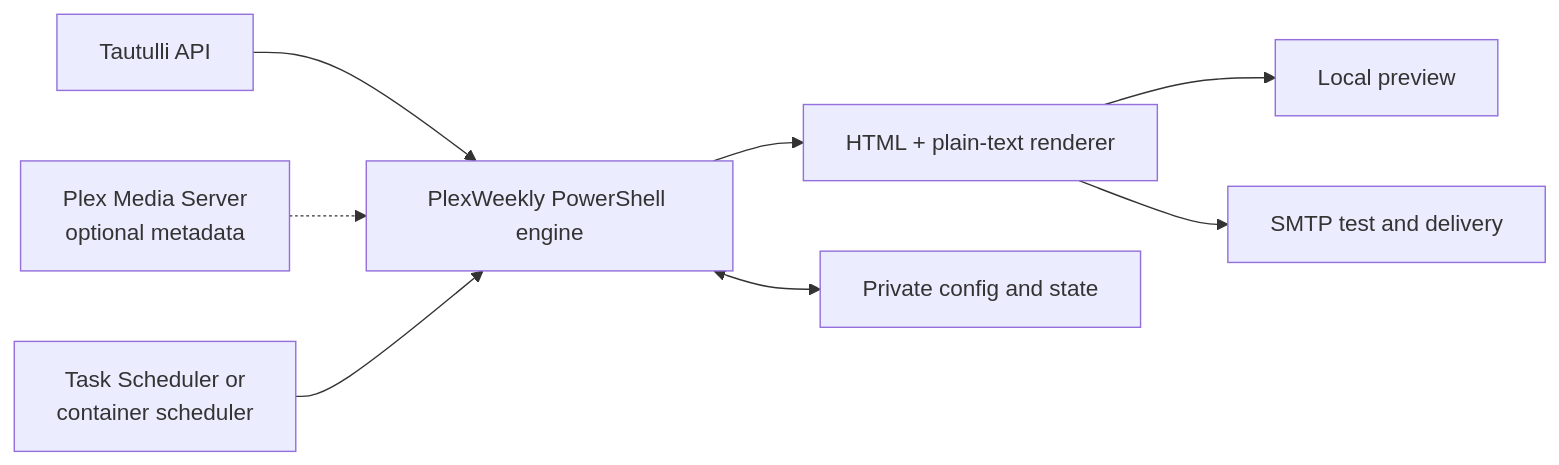
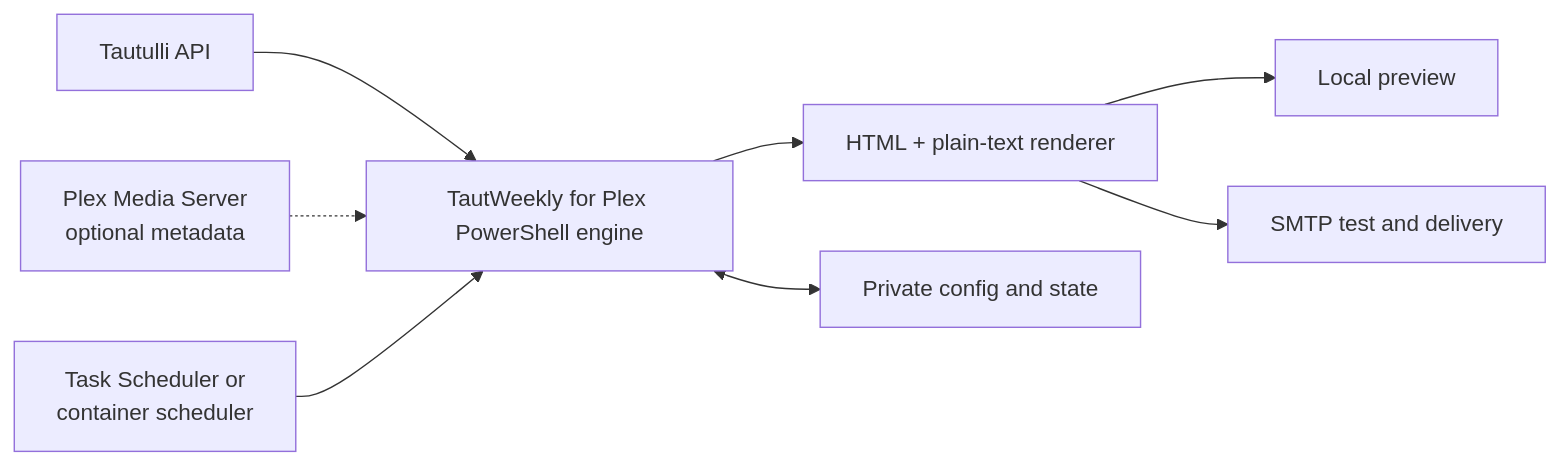
Before and after one commit to sparkmoxie/TautWeekly: the diagram in README.md, drawn with Mermaid. The commit also changed other lines of this file and 87 other files, not shown here.

Commit message:
feat: rename product to TautWeekly for Plex

````diff
--- a/README.md
+++ b/README.md
@@ -129,10 +129,10 @@
 ```mermaid
 flowchart LR
-    T["Tautulli API"] --> E["PlexWeekly PowerShell engine"]
+    T["Tautulli API"] --> E["TautWeekly for Plex PowerShell engine"]
     P["Plex Media Server\noptional metadata"] -.-> E
     E --> R["HTML + plain-text renderer"]
     R --> V["Local preview"]
     R --> M["SMTP test and delivery"]
     E <--> S["Private config and state"]
     C["Task Scheduler or\ncontainer scheduler"] --> E
 ```
````
